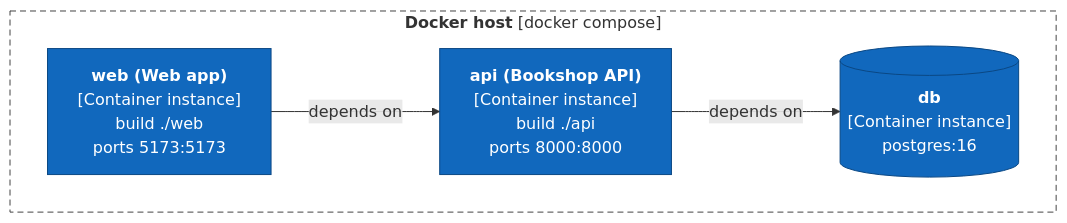
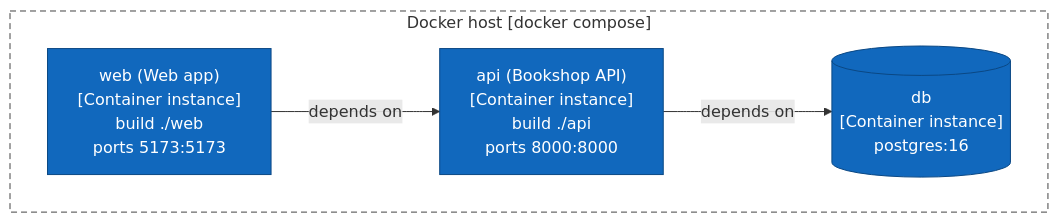
The seventh of 8 diagrams in examples/bookshop/ArchitectureReport.md (ythalorossy/architecture-skills), drawn with Mermaid before and after one commit. The commit also changed other lines of this file and 51 other files, not shown here.

First line of the commit message:
fix(render): plain diagram labels keep the characters in code names

````diff
--- a/examples/bookshop/ArchitectureReport.md
+++ b/examples/bookshop/ArchitectureReport.md
@@ -326,26 +259,18 @@
 ```mermaid
 flowchart TB
-    subgraph host["`**Docker host** [docker compose]`"]
-        svc_db[("`**db**
-[Container instance]
-postgres:16`")]
-        svc_api["`**api (Bookshop API)**
-[Container instance]
-build ./api
-ports 8000:8000`"]
-        svc_web["`**web (Web app)**
-[Container instance]
-build ./web
-ports 5173:5173`"]
+    subgraph host["Docker host [docker compose]"]
+        svc_db[("db<br/>[Container instance]<br/>postgres:16")]
+        svc_api["api (Bookshop API)<br/>[Container instance]<br/>build ./api<br/>ports 8000:8000"]
+        svc_web["web (Web app)<br/>[Container instance]<br/>build ./web<br/>ports 5173:5173"]
     end
-    svc_api -->|"`depends on`"| svc_db
-    svc_web -->|"`depends on`"| svc_api
+    svc_api -->|"depends on"| svc_db
+    svc_web -->|"depends on"| svc_api
     classDef person fill:#08427b,stroke:#052e56,color:#ffffff
     classDef container fill:#1168bd,stroke:#0b4884,color:#ffffff
     classDef system fill:#1168bd,stroke:#0b4884,color:#ffffff
     classDef component fill:#85bbf0,stroke:#5d82a8,color:#000000
     classDef external fill:#999999,stroke:#6b6b6b,color:#ffffff
     classDef shared fill:#dbe9f6,stroke:#5d82a8,color:#000000,stroke-dasharray:4 3
     class svc_db,svc_api,svc_web container
     style host fill:none,stroke:#444444,stroke-dasharray:6 4
 ```
````
